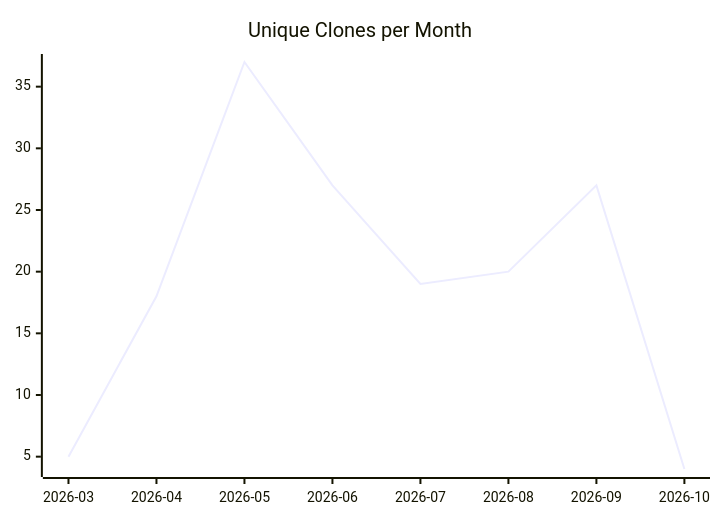
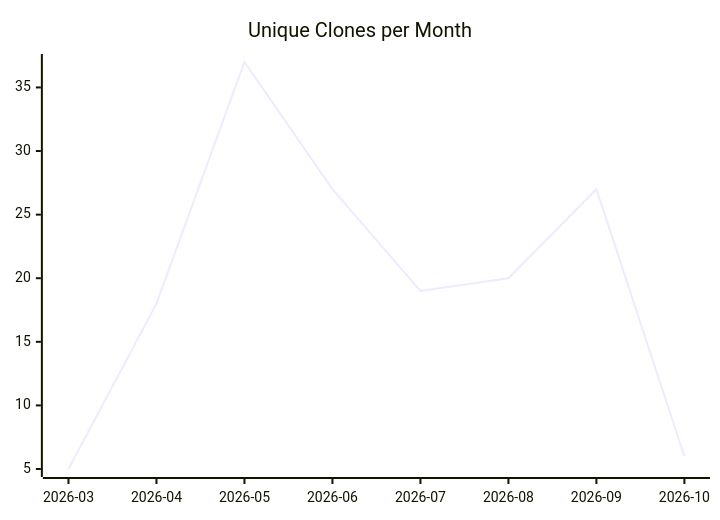
Before and after one commit to justdavis-family/github-analytics-data: the third of 3 diagrams in karlmdavis/obsidian-operator/README.md, drawn with Mermaid. The commit also changed other lines of this file and 201 other files, not shown here.

````diff
--- a/karlmdavis/obsidian-operator/README.md
+++ b/karlmdavis/obsidian-operator/README.md
@@ -19,6 +19,6 @@
 ```mermaid
 xychart-beta
   title "Unique Clones per Month"
   x-axis ["2026-03", "2026-04", "2026-05", "2026-06", "2026-07", "2026-08", "2026-09", "2026-10"]
-  line [5, 18, 37, 27, 19, 20, 27, 4]
+  line [5, 18, 37, 27, 19, 20, 27, 6]
 ```
````
